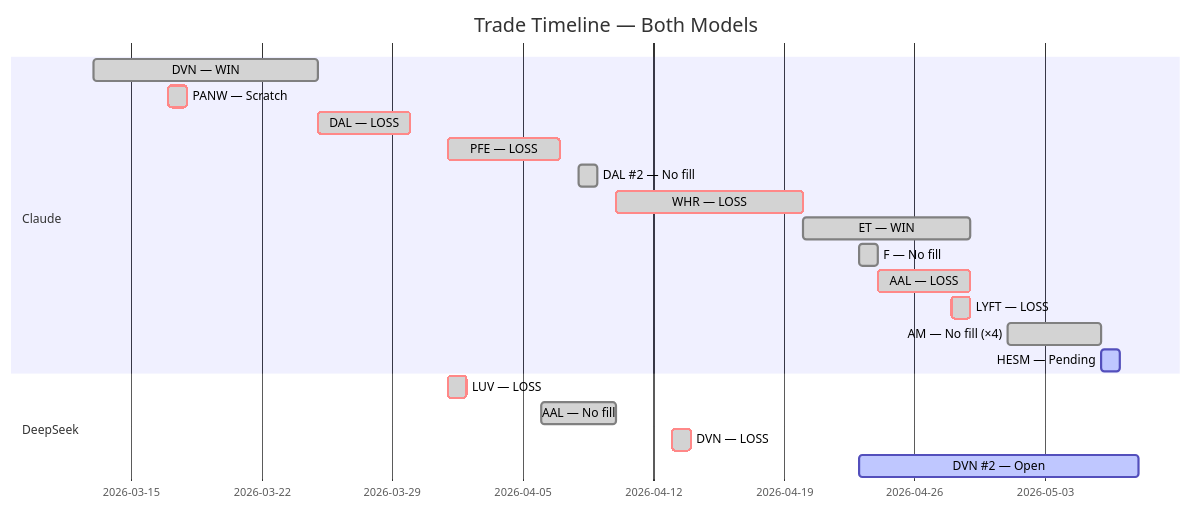
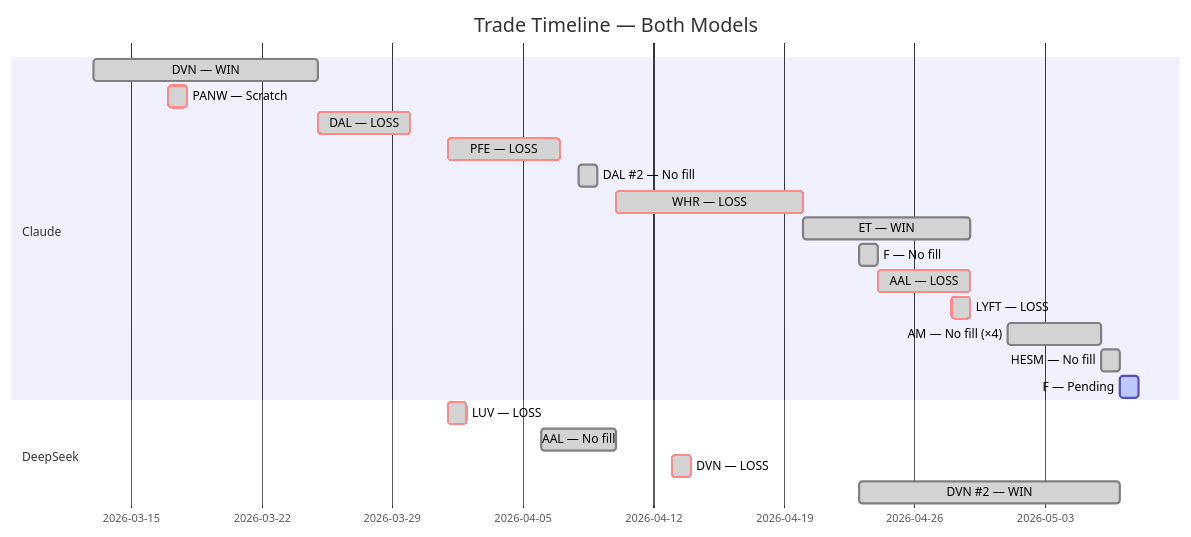
The fifth of 5 diagrams in README.md (zachisit/ai-auto-buy-thesis), drawn with Mermaid before and after one commit. The commit also changed other lines of this file and 2 other files, not shown here.

````diff
--- a/README.md
+++ b/README.md
@@ -62,23 +63,24 @@
 ```mermaid
 gantt
     title Trade Timeline — Both Models
     dateFormat YYYY-MM-DD
     section Claude
     DVN — WIN            :done,    2026-03-13, 2026-03-25
     PANW — Scratch       :crit, done, 2026-03-17, 2026-03-18
     DAL — LOSS           :crit, done, 2026-03-25, 2026-03-30
     PFE — LOSS           :crit, done, 2026-04-01, 2026-04-07
     DAL #2 — No fill     :done,    2026-04-08, 2026-04-09
     WHR — LOSS           :crit, done, 2026-04-10, 2026-04-20
     ET — WIN             :done,    2026-04-20, 2026-04-29
     F — No fill          :done,    2026-04-23, 2026-04-24
     AAL — LOSS           :crit, done, 2026-04-24, 2026-04-29
     LYFT — LOSS          :crit, done, 2026-04-28, 2026-04-29
     AM — No fill (×4)    :done,    2026-05-01, 2026-05-06
-    HESM — Pending       :active,  2026-05-06, 2026-05-07
+    HESM — No fill       :done,    2026-05-06, 2026-05-07
+    F — Pending          :active,  2026-05-07, 2026-05-08
     section DeepSeek
     LUV — LOSS           :crit, done, 2026-04-01, 2026-04-02
     AAL — No fill        :done,    2026-04-06, 2026-04-10
     DVN — LOSS           :crit, done, 2026-04-13, 2026-04-14
-    DVN #2 — Open        :active,  2026-04-23, 2026-05-08
+    DVN #2 — WIN         :done,    2026-04-23, 2026-05-07
 ```
````
